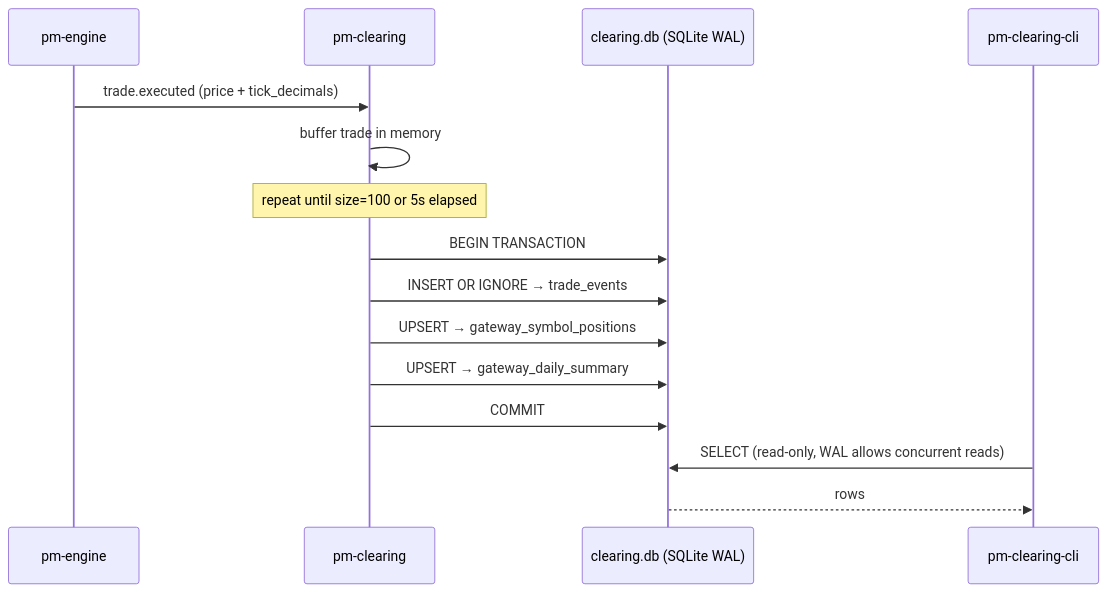
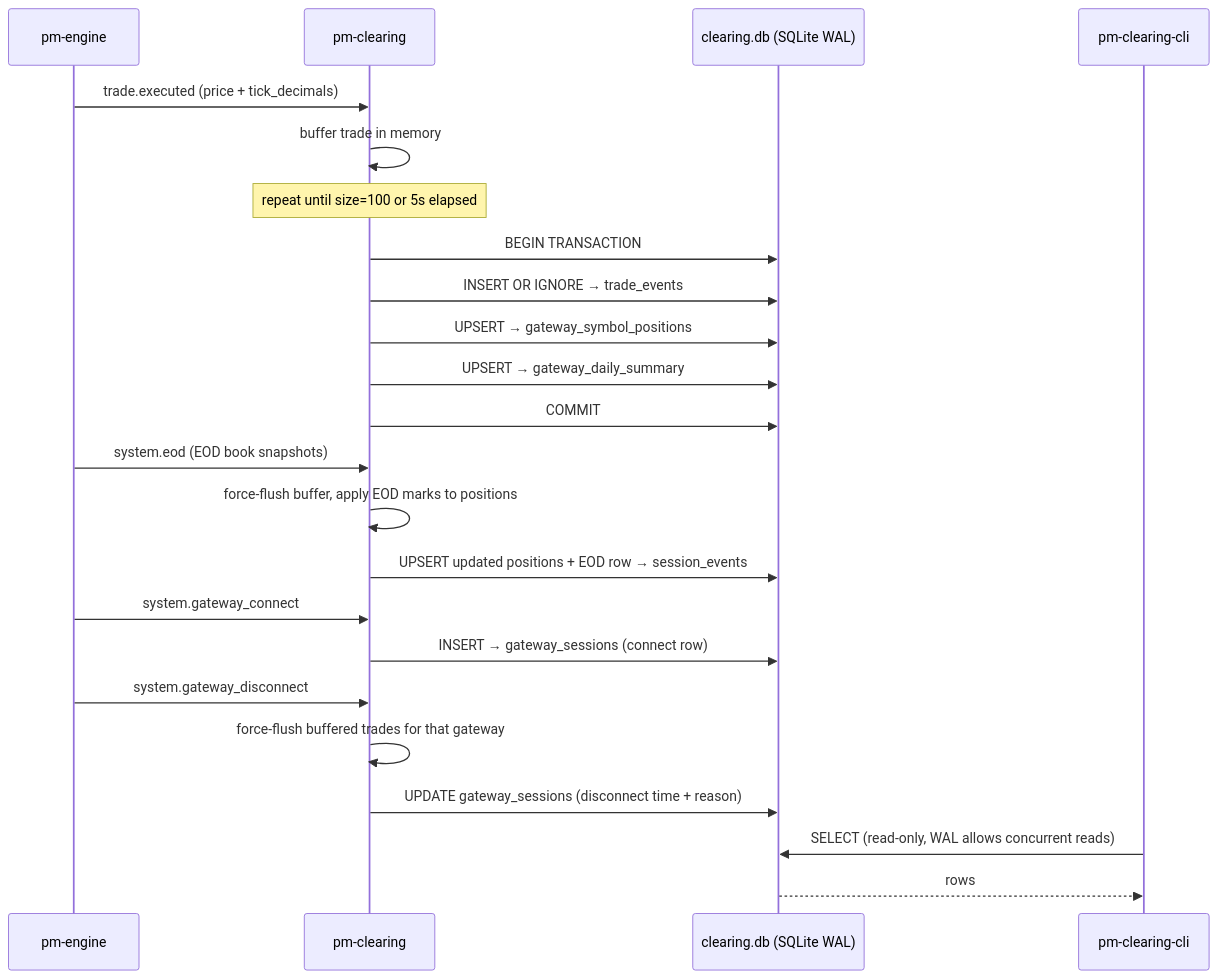
One commit to johan162/EduMatcher changed the first of 2 diagrams in docs/user-guide/07-pnl-clearing.md. Above: the diagram before and after it, drawn with Mermaid. The commit also changed other lines of this file and 3 other files, not shown here.

Commit message:
Add  functionality based on system.eod and gateway_connect, gateway_disconnect messages

````diff
--- a/docs/user-guide/07-pnl-clearing.md
+++ b/docs/user-guide/07-pnl-clearing.md
@@ -48,19 +50,30 @@
 ```mermaid
 sequenceDiagram
     participant E  as pm-engine
     participant C  as pm-clearing
     participant DB as clearing.db (SQLite WAL)
     participant Q  as pm-clearing-cli
 
     E->>C: trade.executed (price + tick_decimals)
     C->>C: buffer trade in memory
     note over C: repeat until size=100 or 5s elapsed
     C->>DB: BEGIN TRANSACTION
     C->>DB: INSERT OR IGNORE → trade_events
     C->>DB: UPSERT → gateway_symbol_positions
     C->>DB: UPSERT → gateway_daily_summary
     C->>DB: COMMIT
 
+    E->>C: system.eod (EOD book snapshots)
+    C->>C: force-flush buffer, apply EOD marks to positions
+    C->>DB: UPSERT updated positions + EOD row → session_events
+
+    E->>C: system.gateway_connect
+    C->>DB: INSERT → gateway_sessions (connect row)
+
+    E->>C: system.gateway_disconnect
+    C->>C: force-flush buffered trades for that gateway
+    C->>DB: UPDATE gateway_sessions (disconnect time + reason)
+
     Q->>DB: SELECT (read-only, WAL allows concurrent reads)
     DB-->>Q: rows
 ```
````
